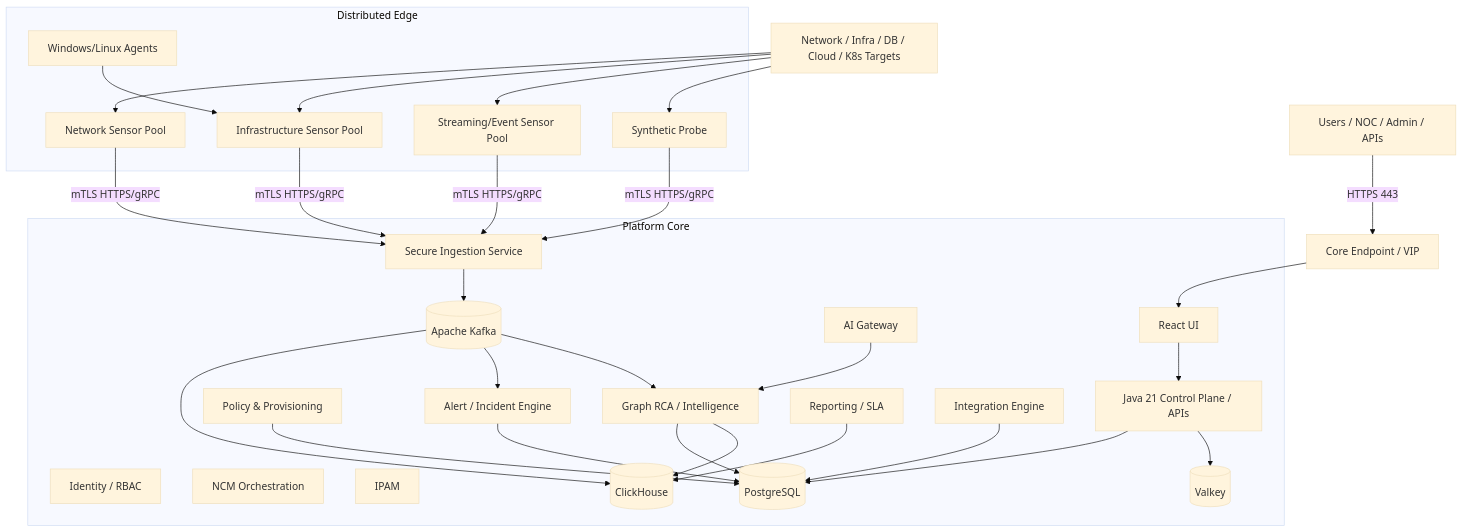
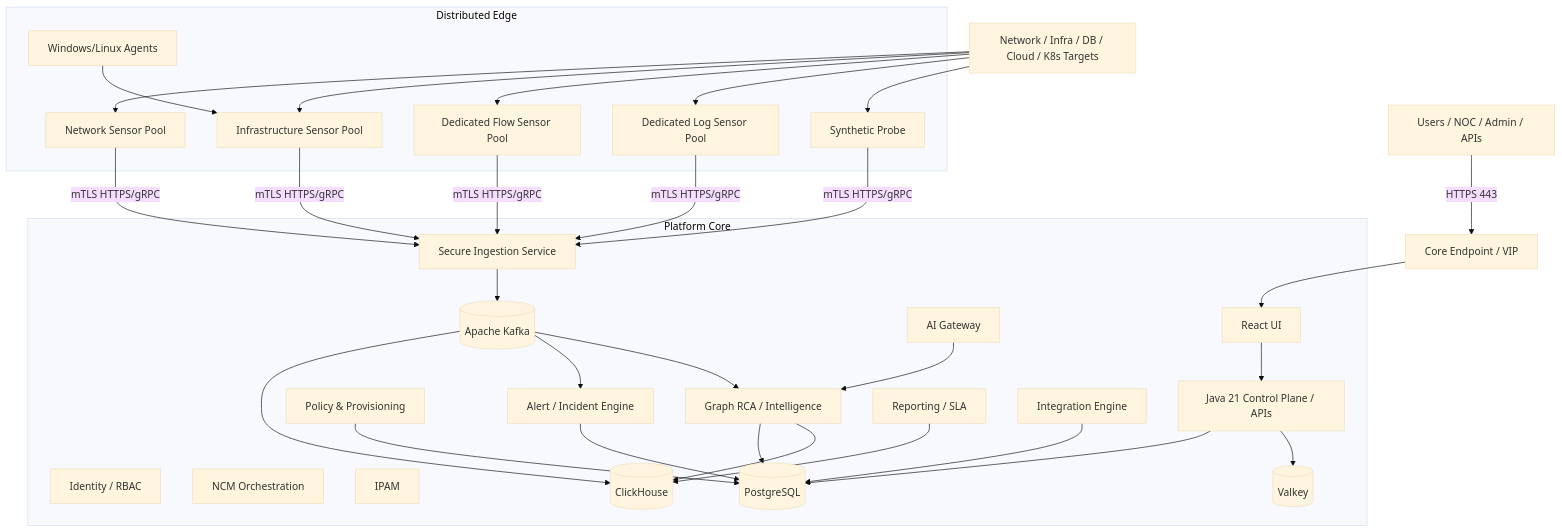
The first of 10 diagrams in project_documentation/Platform_03_Architecture.md (gagandsm-max/platform), drawn with Mermaid (base theme) before and after one commit. The commit also changed other lines of this file, not shown here.

Commit message:
docs: isolate Flow and Log Sensor architecture

````diff
--- a/project_documentation/Platform_03_Architecture.md
+++ b/project_documentation/Platform_03_Architecture.md
@@ -61,58 +62,61 @@
 ```mermaid
 flowchart TB
     U[Users / NOC / Admin / APIs] -->|HTTPS 443| CE[Core Endpoint / VIP]
 
     subgraph CORE[Platform Core]
       UI[React UI]
       API[Java 21 Control Plane / APIs]
       ING[Secure Ingestion Service]
       POL[Policy & Provisioning]
       IAM[Identity / RBAC]
       ALT[Alert / Incident Engine]
       RCA[Graph RCA / Intelligence]
       RPT[Reporting / SLA]
       INT[Integration Engine]
       NCM[NCM Orchestration]
       IPAM[IPAM]
       AI[AI Gateway]
       PG[(PostgreSQL)]
       CH[(ClickHouse)]
       K[(Apache Kafka)]
       V[(Valkey)]
     end
 
     CE --> UI
     UI --> API
     API --> PG
     API --> V
     ING --> K
     K --> CH
     K --> ALT
     K --> RCA
     POL --> PG
     ALT --> PG
     RCA --> PG
     RCA --> CH
     RPT --> CH
     INT --> PG
     AI --> RCA
 
     subgraph EDGE[Distributed Edge]
       NS[Network Sensor Pool]
       IS[Infrastructure Sensor Pool]
-      SS[Streaming/Event Sensor Pool]
+      FS[Dedicated Flow Sensor Pool]
+      LS[Dedicated Log Sensor Pool]
       SP[Synthetic Probe]
       AG[Windows/Linux Agents]
     end
 
     NS -->|mTLS HTTPS/gRPC| ING
     IS -->|mTLS HTTPS/gRPC| ING
-    SS -->|mTLS HTTPS/gRPC| ING
+    FS -->|mTLS HTTPS/gRPC| ING
+    LS -->|mTLS HTTPS/gRPC| ING
     SP -->|mTLS HTTPS/gRPC| ING
     AG --> IS
 
     DEV[Network / Infra / DB / Cloud / K8s Targets] --> NS
     DEV --> IS
-    DEV --> SS
+    DEV --> FS
+    DEV --> LS
     DEV --> SP
 ```
````
